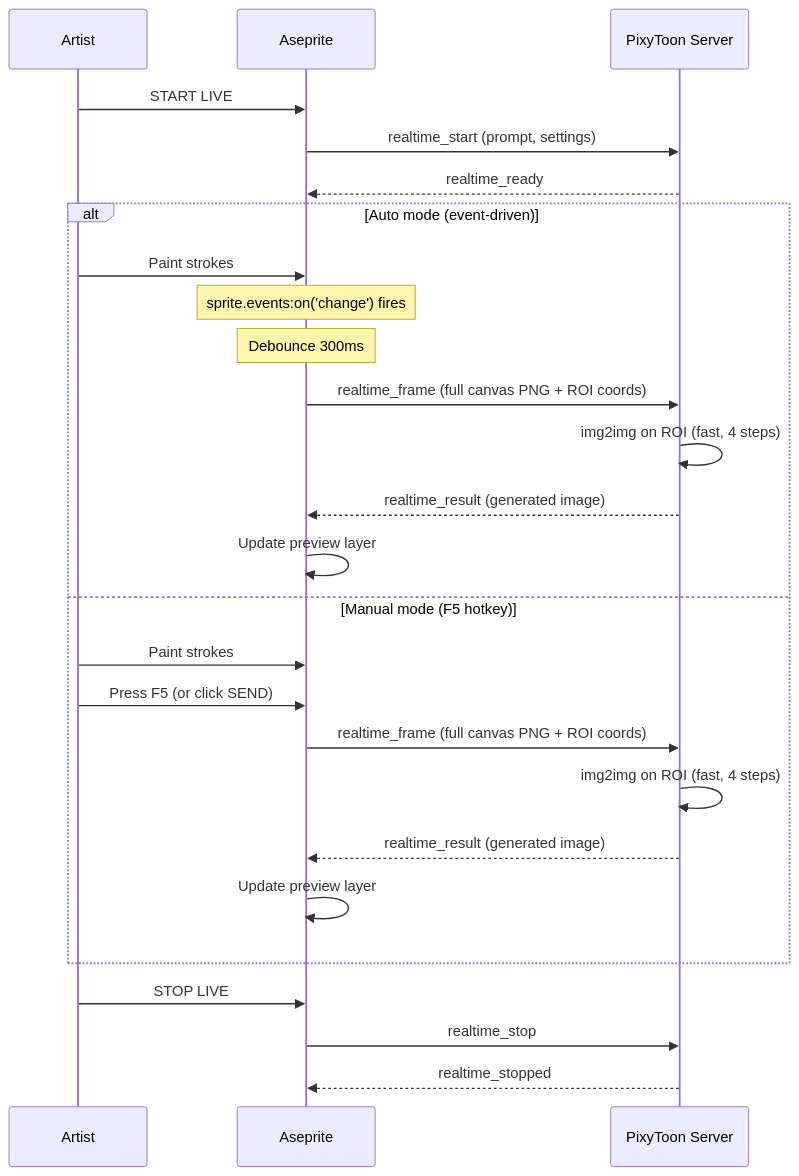
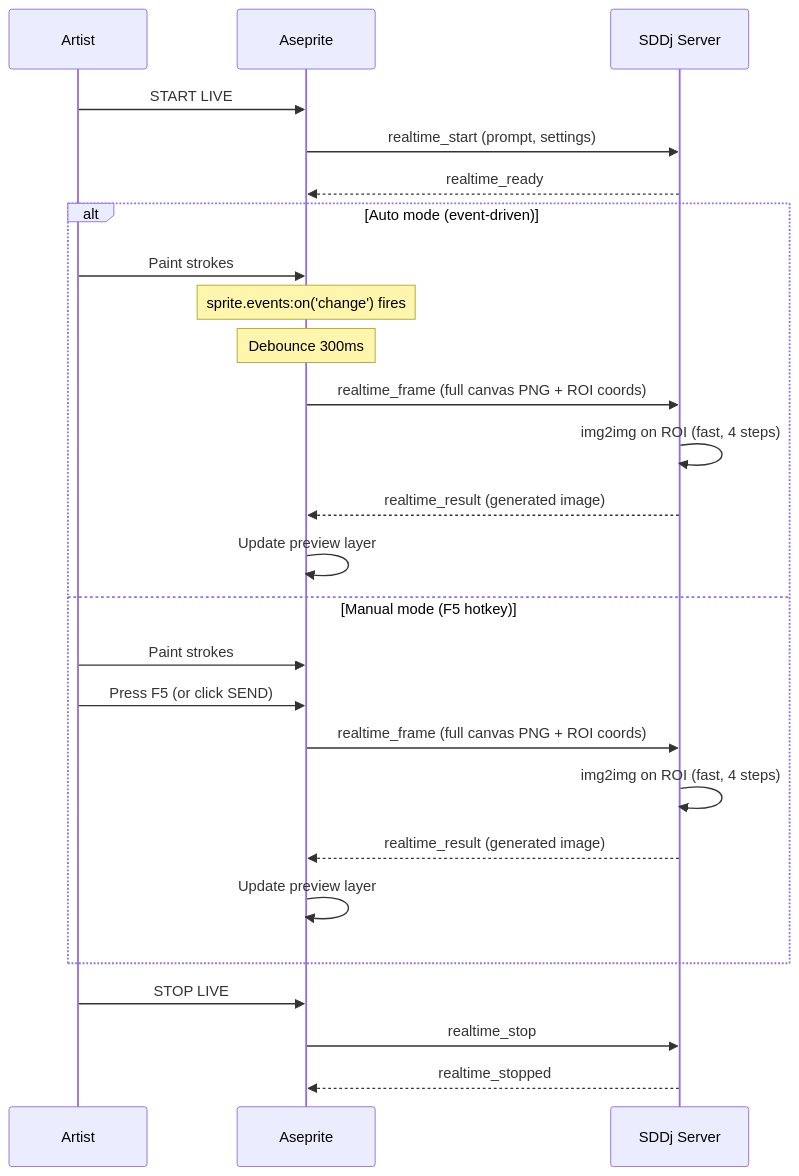
Before and after one commit to FeelTheFonk/pixytoon: the first of 2 diagrams in docs/LIVE-PAINT.md, drawn with Mermaid. The commit also changed other lines of this file and 105 other files, not shown here.

First line of the commit message:
feat!: rename PixyToon → SDDj, generalize identity, fix MP4 export (v0.7.5)

````diff
--- a/docs/LIVE-PAINT.md
+++ b/docs/LIVE-PAINT.md
@@ -49,31 +49,31 @@
 ```mermaid
 sequenceDiagram
     participant You as Artist
     participant Aseprite
-    participant Server as PixyToon Server
+    participant Server as SDDj Server
 
     You->>Aseprite: START LIVE
     Aseprite->>Server: realtime_start (prompt, settings)
     Server-->>Aseprite: realtime_ready
 
     alt Auto mode (event-driven)
         You->>Aseprite: Paint strokes
         Note over Aseprite: sprite.events:on('change') fires
         Note over Aseprite: Debounce 300ms
         Aseprite->>Server: realtime_frame (full canvas PNG + ROI coords)
         Server->>Server: img2img on ROI (fast, 4 steps)
         Server-->>Aseprite: realtime_result (generated image)
         Aseprite->>Aseprite: Update preview layer
     else Manual mode (F5 hotkey)
         You->>Aseprite: Paint strokes
         You->>Aseprite: Press F5 (or click SEND)
         Aseprite->>Server: realtime_frame (full canvas PNG + ROI coords)
         Server->>Server: img2img on ROI (fast, 4 steps)
         Server-->>Aseprite: realtime_result (generated image)
         Aseprite->>Aseprite: Update preview layer
     end
 
     You->>Aseprite: STOP LIVE
     Aseprite->>Server: realtime_stop
     Server-->>Aseprite: realtime_stopped
 ```
````
